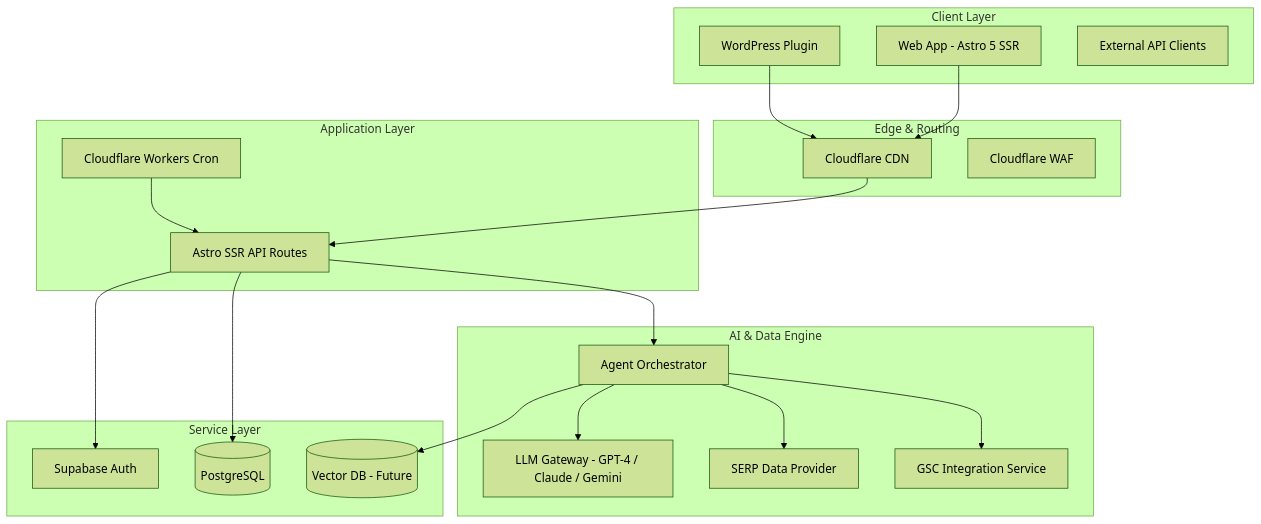
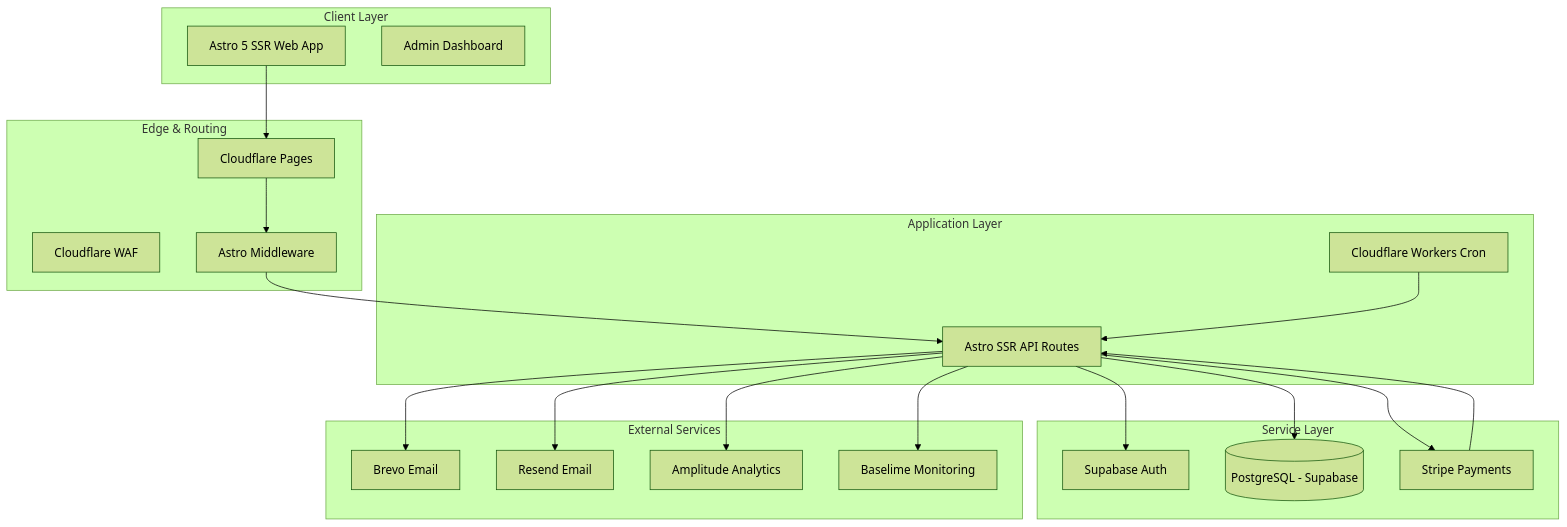
One commit to ColdstartLabs-ca/astro-saas-boilerplate changed the first of 10 diagrams in docs/technical/system-architecture.md. Above: the diagram before and after it, drawn with Mermaid (forest theme). The commit also changed other lines of this file and 8 other files, not shown here.

````diff
--- a/docs/technical/system-architecture.md
+++ b/docs/technical/system-architecture.md
@@ -7,46 +9,48 @@
 ```mermaid
 graph TB
     subgraph Client Layer
-        WEB["Web App - Astro 5 SSR"]
-        PLUGIN["WordPress Plugin"]
-        API_CLIENT["External API Clients"]
+        WEB["Astro 5 SSR Web App"]
+        ADMIN["Admin Dashboard"]
     end
 
     subgraph Edge & Routing
-        CDN["Cloudflare CDN"]
+        CF["Cloudflare Pages"]
         WAF["Cloudflare WAF"]
+        MW["Astro Middleware"]
     end
 
     subgraph Application Layer
         API["Astro SSR API Routes"]
         CRON["Cloudflare Workers Cron"]
     end
 
     subgraph Service Layer
         AUTH["Supabase Auth"]
-        DB[("PostgreSQL")]
-        VECTOR[("Vector DB - Future")]
+        DB[("PostgreSQL - Supabase")]
+        STRIPE["Stripe Payments"]
     end
 
-    subgraph AI & Data Engine
-        ORCHESTRATOR["Agent Orchestrator"]
-        LLMS["LLM Gateway - GPT-4 / Claude / Gemini"]
-        SERP["SERP Data Provider"]
-        GSC["GSC Integration Service"]
+    subgraph External Services
+        BREVO["Brevo Email"]
+        RESEND["Resend Email"]
+        AMPLITUDE["Amplitude Analytics"]
+        BASELIME["Baselime Monitoring"]
     end
 
-    WEB --> CDN
-    PLUGIN --> CDN
-    CDN --> API
+    WEB --> CF
+    CF --> MW
+    MW --> API
 
     API --> AUTH
     API --> DB
+    API --> STRIPE
+
+    STRIPE --> API
+
+    API --> BREVO
+    API --> RESEND
+    API --> AMPLITUDE
+    API --> BASELIME
 
     CRON --> API
-    API --> ORCHESTRATOR
-
-    ORCHESTRATOR --> LLMS
-    ORCHESTRATOR --> SERP
-    ORCHESTRATOR --> GSC
-    ORCHESTRATOR --> VECTOR
 ```
````
